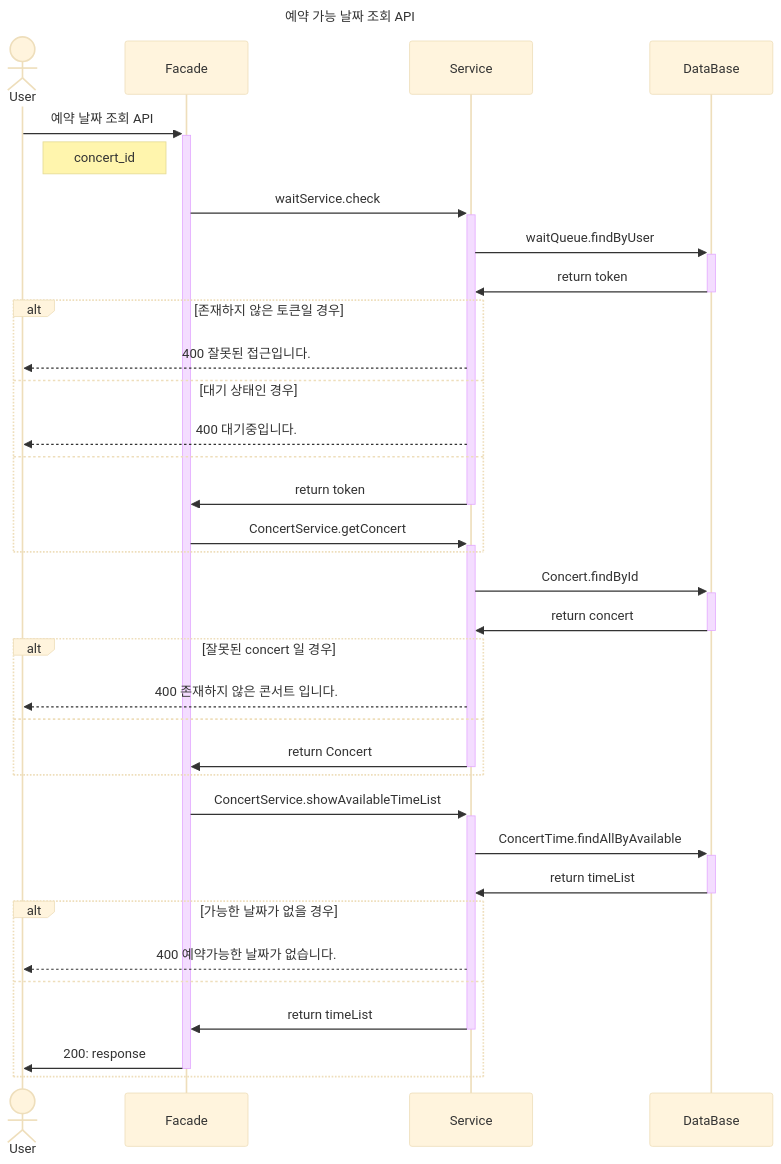
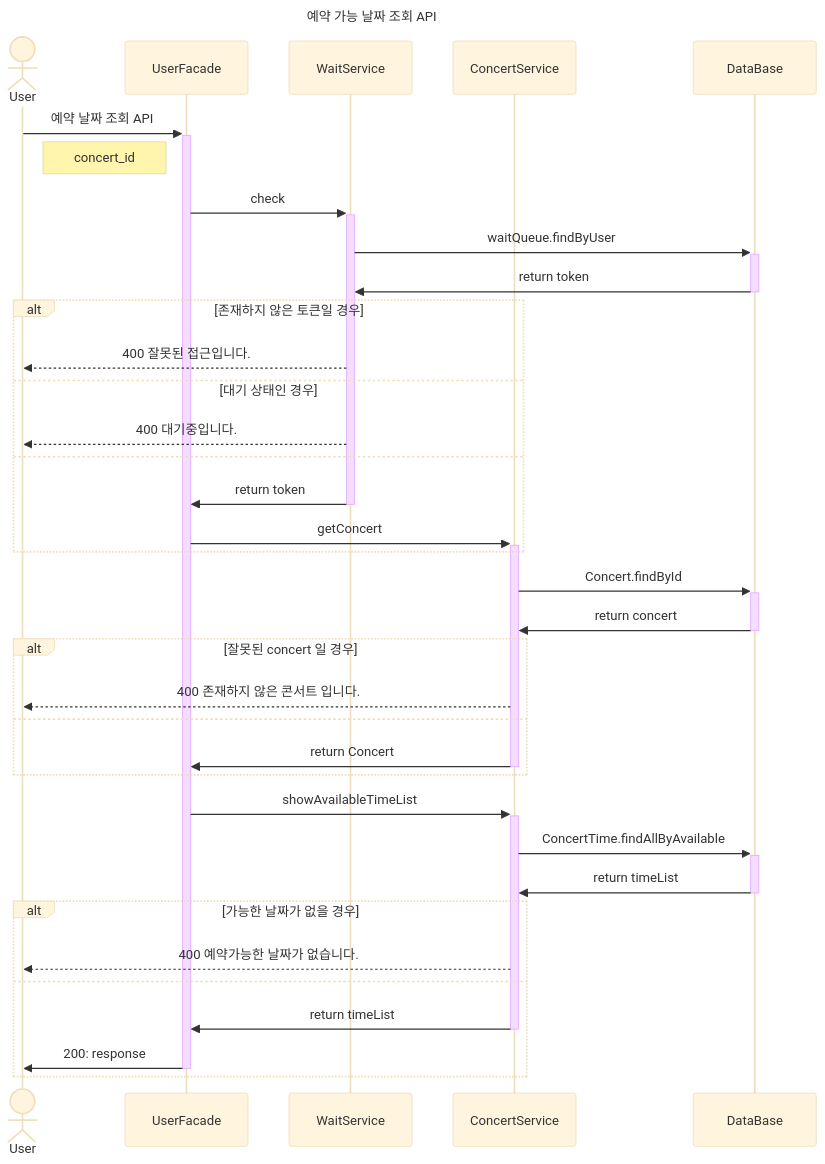
One commit to CureLatte/hhplus-concert-server-java changed the second of 7 diagrams in docs/sequence.md. Above: the diagram before and after it, drawn with Mermaid (base theme). The commit also changed other lines of this file, not shown here.

Commit message:
[ADD] sequence.md update

````diff
--- a/docs/sequence.md
+++ b/docs/sequence.md
@@ -77,62 +71,69 @@
 ```mermaid
 sequenceDiagram
     title 예약 가능 날짜 조회 API
     
     actor User
-    participant Controller as Facade
+    participant Controller as UserFacade
+    participant WaitService
+    participant ConcertService
+
 
     User ->> +  Controller: 예약 날짜 조회 API
     Note right of User: concert_id
 
-    Controller ->> + Service: waitService.check
+    Controller ->> + WaitService: check
 
-    Service ->> + DataBase: waitQueue.findByUser
+    WaitService ->> + DataBase: waitQueue.findByUser
 
-    DataBase ->> - Service: return token
-
+    
+    DataBase ->> - WaitService: return token
+    
+    
+    
+   
 
     alt  존재하지 않은 토큰일 경우
-        Service -->> User: 400 잘못된 접근입니다.
+        WaitService -->> User: 400 잘못된 접근입니다.
     else  대기 상태인 경우
-        Service -->>  User: 400 대기중입니다.
+        WaitService -->>  User: 400 대기중입니다.
 
     else
-        Service ->> - Controller: return token
+        
+        
+        WaitService ->> - Controller: return token
         
         
         
-
-        Controller ->> + Service: ConcertService.getConcert
+        Controller ->> + ConcertService: getConcert
     end
 
 
-    Service ->> + DataBase: Concert.findById
-
-    DataBase ->> - Service: return concert
+    ConcertService ->> + DataBase: Concert.findById
+    
+    DataBase ->> - ConcertService: return concert
 
     alt  잘못된 concert 일 경우
-        Service -->> User: 400 존재하지 않은 콘서트 입니다.
+        ConcertService -->> User: 400 존재하지 않은 콘서트 입니다.
     else
-        
-        Service ->> - Controller: return Concert
+
+        ConcertService ->> - Controller: return Concert
         
         
     end
 
-    Controller ->> + Service: ConcertService.showAvailableTimeList
+    Controller ->> + ConcertService: showAvailableTimeList
 
-    Service ->> + DataBase: ConcertTime.findAllByAvailable
+    ConcertService ->> + DataBase: ConcertTime.findAllByAvailable
+    
 
-    DataBase ->> - Service: return timeList
+    DataBase ->> - ConcertService: return timeList
 
 
     alt 가능한 날짜가 없을 경우
-        Service -->> User: 400 예약가능한 날짜가 없습니다.
+        ConcertService -->> User: 400 예약가능한 날짜가 없습니다.
     else
-        Service ->> - Controller: return timeList
+        ConcertService ->> - Controller: return timeList
         Controller ->> - User: 200: response
     end
 
-
-
 ```
````
